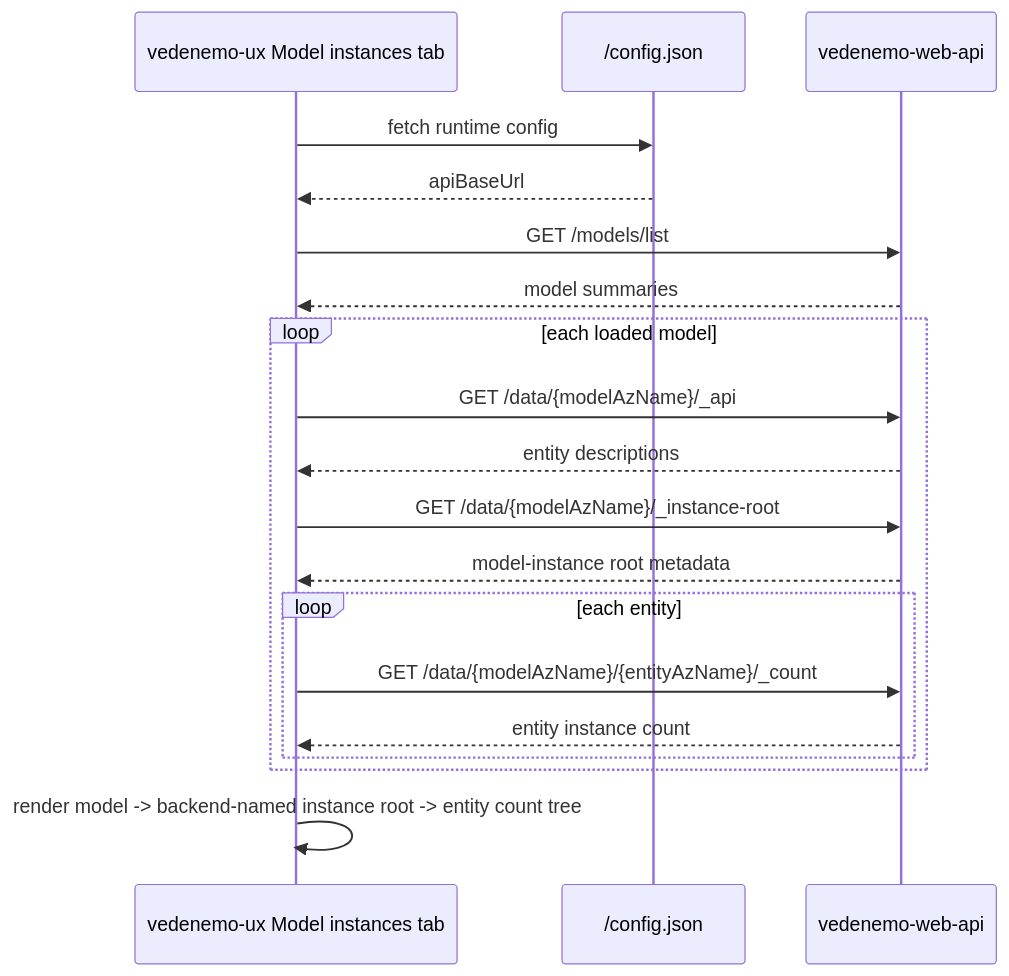
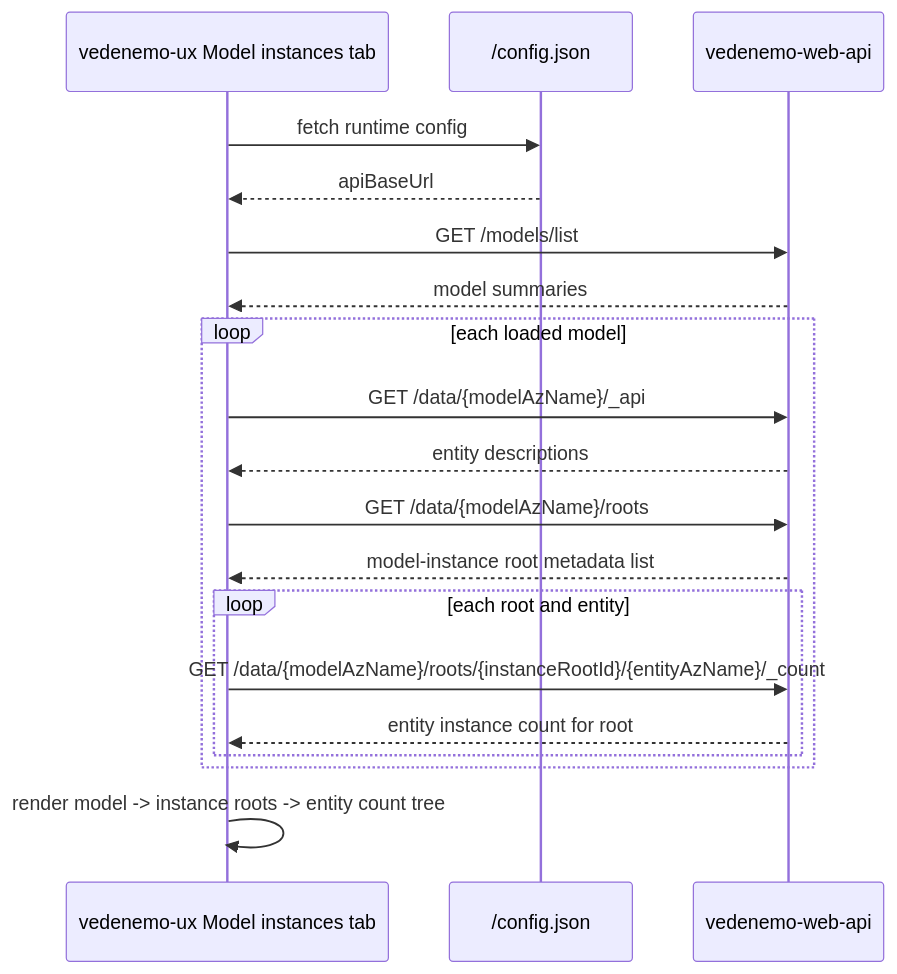
One commit to VedenemoDev/VedenemoMonorepo changed the eighth of 9 diagrams in docs/architecture_doc.md. Above: the diagram before and after it, drawn with Mermaid. The commit also changed other lines of this file and 15 other files, not shown here.

````diff
--- a/docs/architecture_doc.md
+++ b/docs/architecture_doc.md
@@ -773,22 +785,22 @@
 ```mermaid
 sequenceDiagram
     participant UX as vedenemo-ux Model instances tab
     participant Config as /config.json
     participant API as vedenemo-web-api
 
     UX->>Config: fetch runtime config
     Config-->>UX: apiBaseUrl
     UX->>API: GET /models/list
     API-->>UX: model summaries
     loop each loaded model
         UX->>API: GET /data/{modelAzName}/_api
         API-->>UX: entity descriptions
-        UX->>API: GET /data/{modelAzName}/_instance-root
-        API-->>UX: model-instance root metadata
-        loop each entity
-            UX->>API: GET /data/{modelAzName}/{entityAzName}/_count
-            API-->>UX: entity instance count
+        UX->>API: GET /data/{modelAzName}/roots
+        API-->>UX: model-instance root metadata list
+        loop each root and entity
+            UX->>API: GET /data/{modelAzName}/roots/{instanceRootId}/{entityAzName}/_count
+            API-->>UX: entity instance count for root
         end
     end
-    UX->>UX: render model -> backend-named instance root -> entity count tree
+    UX->>UX: render model -> instance roots -> entity count tree
 ```
````
